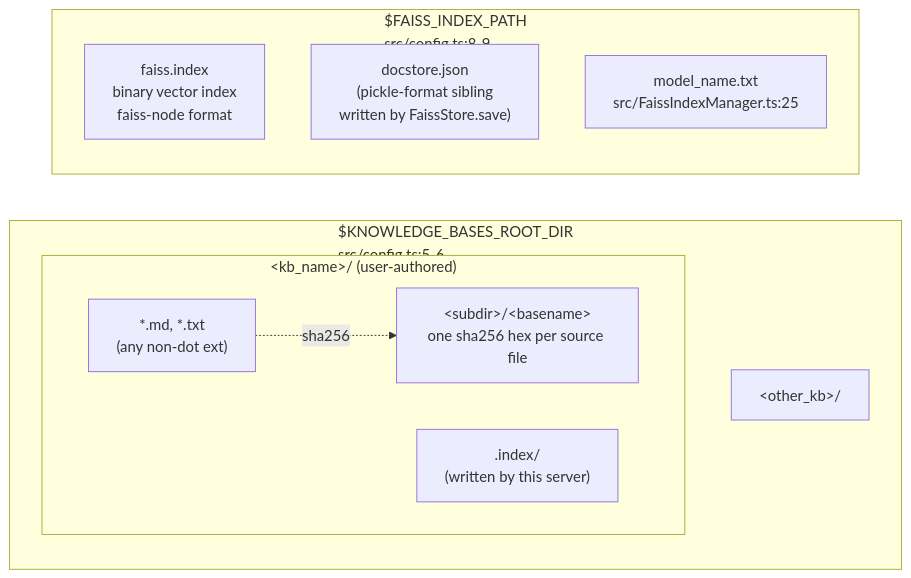
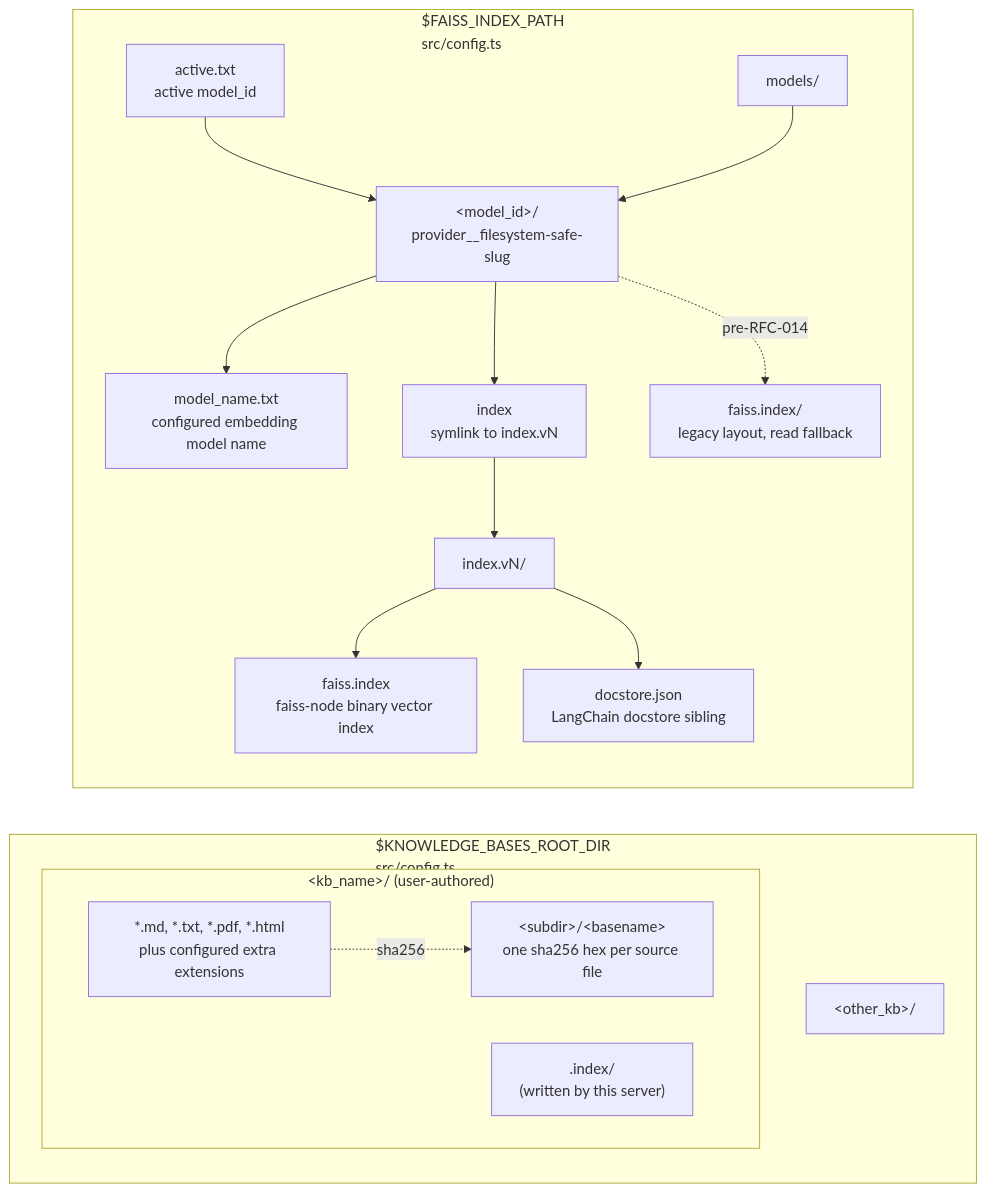
The diagram in docs/architecture/data-model.md (jeanibarz/knowledge-base-mcp-server), drawn with Mermaid before and after one commit. The commit also changed other lines of this file and 1 other file, not shown here.

Commit message:
docs: refresh retrieval data model

````diff
--- a/docs/architecture/data-model.md
+++ b/docs/architecture/data-model.md
@@ -7,20 +7,35 @@
 ```mermaid
 flowchart LR
-  subgraph kbs["$KNOWLEDGE_BASES_ROOT_DIR<br/>src/config.ts:5-6"]
+  subgraph kbs["$KNOWLEDGE_BASES_ROOT_DIR<br/>src/config.ts"]
     direction TB
     subgraph kb1["&lt;kb_name&gt;/  (user-authored)"]
-      Md["*.md, *.txt<br/>(any non-dot ext)"]
-      IdxDir[".index/<br/>(written by this server)"]
-      IdxFile["&lt;subdir&gt;/&lt;basename&gt;<br/>one sha256 hex per source file"]
-      Md -.sha256.-> IdxFile
+      Source["*.md, *.txt, *.pdf, *.html<br/>plus configured extra extensions"]
+      SidecarDir[".index/<br/>(written by this server)"]
+      Sidecar["&lt;subdir&gt;/&lt;basename&gt;<br/>one sha256 hex per source file"]
+      Source -.sha256.-> Sidecar
     end
     kb2["&lt;other_kb&gt;/"]
   end
 
-  subgraph faiss["$FAISS_INDEX_PATH<br/>src/config.ts:8-9"]
+  subgraph faiss["$FAISS_INDEX_PATH<br/>src/config.ts"]
     direction TB
-    Faiss["faiss.index<br/>binary vector index<br/>faiss-node format"]
-    Docs["docstore.json<br/>(pickle-format sibling<br/>written by FaissStore.save)"]
-    Model["model_name.txt<br/>src/FaissIndexManager.ts:25"]
+    Active["active.txt<br/>active model_id"]
+    Models["models/"]
+    ModelDir["&lt;model_id&gt;/<br/>provider__filesystem-safe-slug"]
+    ModelName["model_name.txt<br/>configured embedding model name"]
+    IndexLink["index<br/>symlink to index.vN"]
+    Version["index.vN/"]
+    Faiss["faiss.index<br/>faiss-node binary vector index"]
+    Docs["docstore.json<br/>LangChain docstore sibling"]
+    Legacy["faiss.index/<br/>legacy layout, read fallback"]
+
+    Active --> ModelDir
+    Models --> ModelDir
+    ModelDir --> ModelName
+    ModelDir --> IndexLink
+    IndexLink --> Version
+    Version --> Faiss
+    Version --> Docs
+    ModelDir -.pre-RFC-014.-> Legacy
   end
 ```
````
